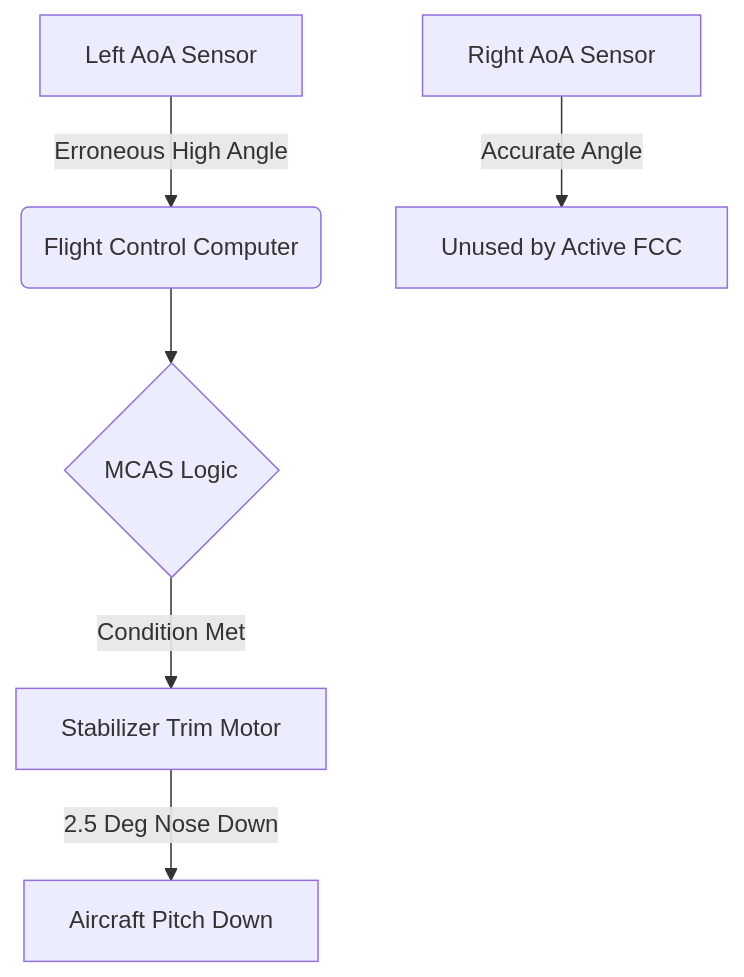
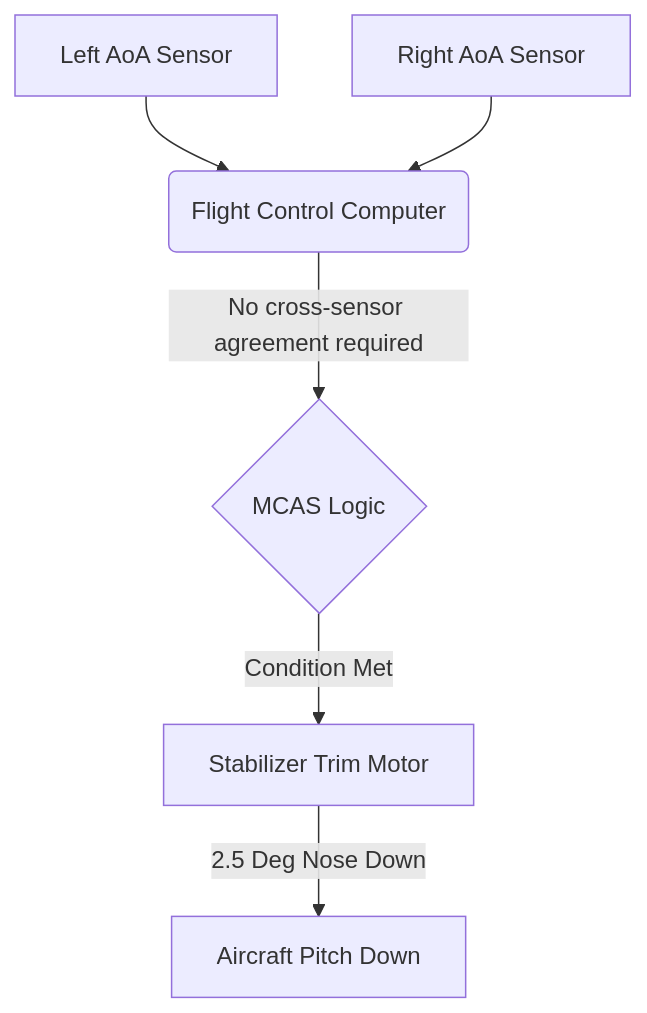
Before and after one commit to DD-LCMK/errorledger-site: the diagram in src/content/blog/boeing-737-max-mcas-failure.md, drawn with Mermaid. The commit also changed other lines of this file and 1 other file, not shown here.

````diff
--- a/src/content/blog/boeing-737-max-mcas-failure.md
+++ b/src/content/blog/boeing-737-max-mcas-failure.md
@@ -66,8 +66,8 @@
 ```mermaid
 graph TD
-    A[Left AoA Sensor] -->|Erroneous High Angle| B(Flight Control Computer)
-    C[Right AoA Sensor] -->|Accurate Angle| D[Unused by Active FCC]
-    B --> E{MCAS Logic}
-    E -->|Condition Met| F[Stabilizer Trim Motor]
-    F -->|2.5 Deg Nose Down| G[Aircraft Pitch Down]
+    A[Left AoA Sensor] --> B(Flight Control Computer)
+    C[Right AoA Sensor] --> B
+    B -->|No cross-sensor agreement required| D{MCAS Logic}
+    D -->|Condition Met| E[Stabilizer Trim Motor]
+    E -->|2.5 Deg Nose Down| F[Aircraft Pitch Down]
 ```
````
